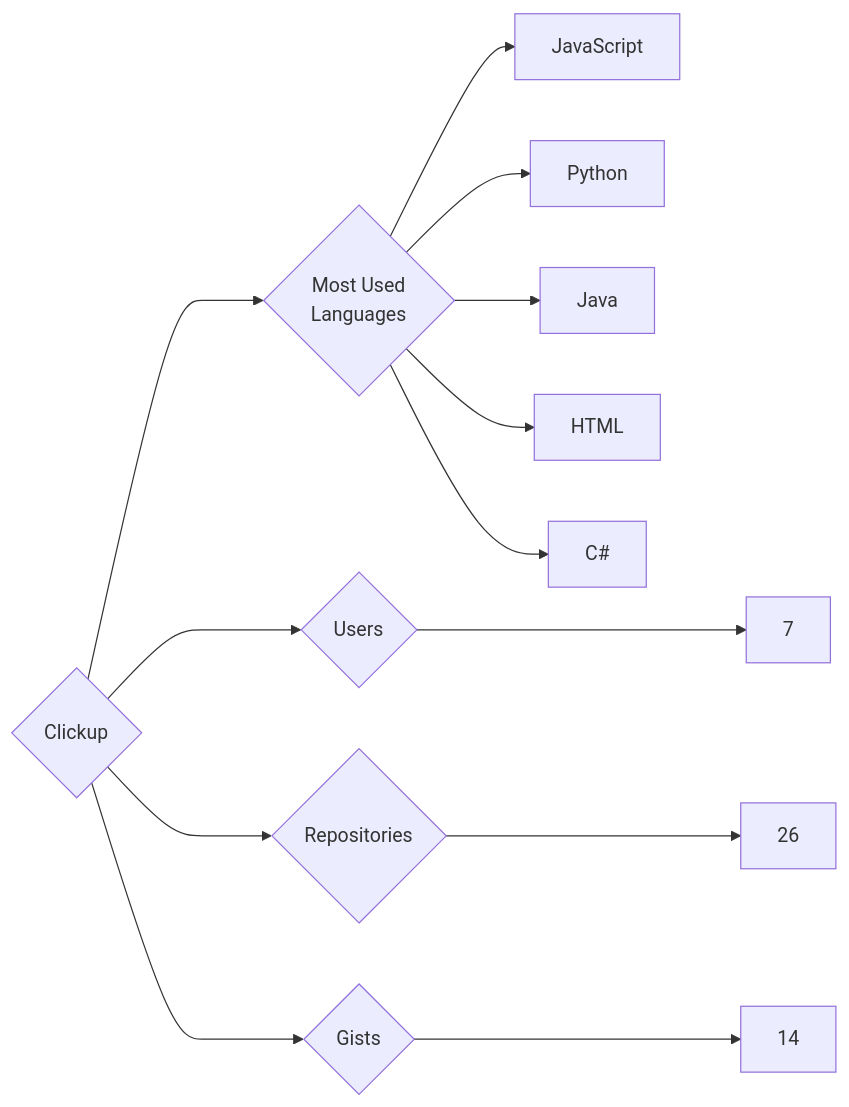
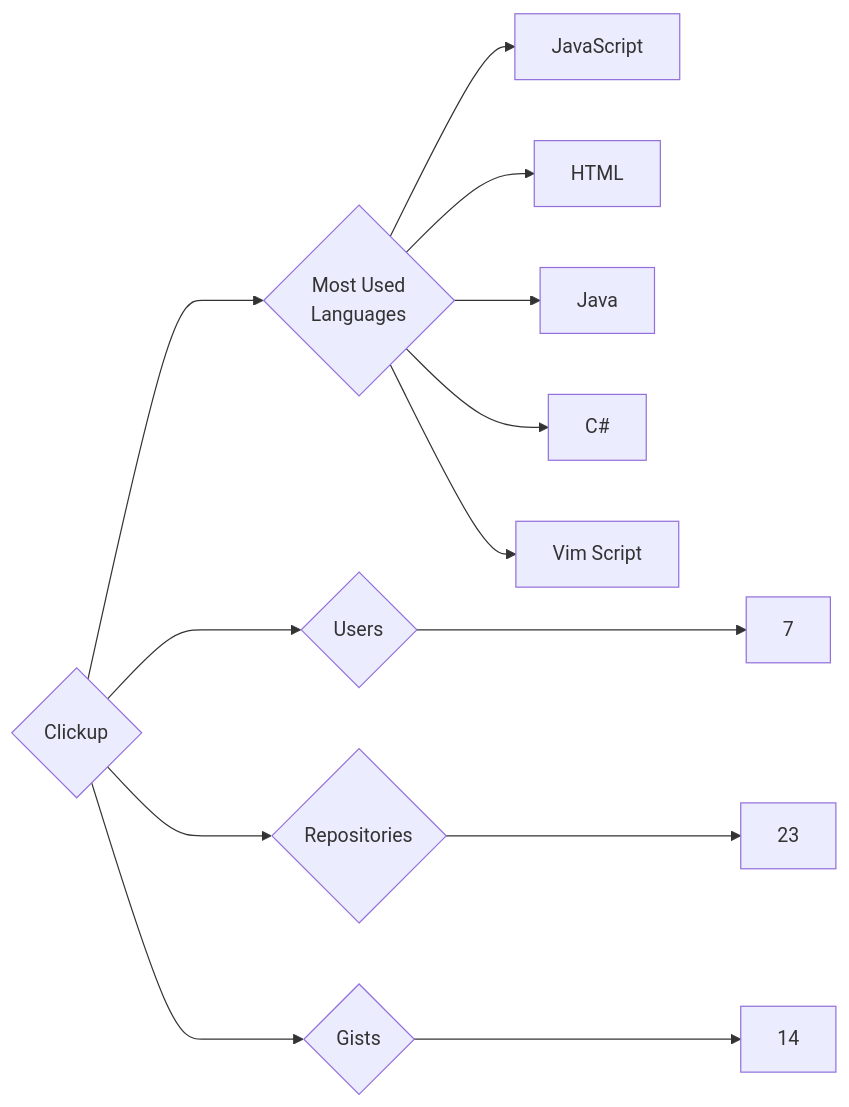
The diagram in targets/Clickup/README.md (trickest/insiders), drawn with Mermaid before and after one commit. The commit also changed 997 other files, not shown here.

````diff
--- a/targets/Clickup/README.md
+++ b/targets/Clickup/README.md
@@ -3,13 +3,13 @@
 ```mermaid
 graph LR
 COMPANY_NAME{Clickup}
 COMPANY_NAME ---> U{Users} ---> UN[7]
-COMPANY_NAME ---> R{Repositories} ---> RN[26]
+COMPANY_NAME ---> R{Repositories} ---> RN[23]
 COMPANY_NAME ---> G{Gists} ---> GN[14]
 COMPANY_NAME ---> ML{Most Used<br>Languages}
 ML --> JavaScript[JavaScript]
-ML --> Python[Python]
+ML --> HTML[HTML]
 ML --> Java[Java]
-ML --> HTML[HTML]
 ML --> C#[C#]
+ML --> Vim_Script[Vim Script]
 ```
````
